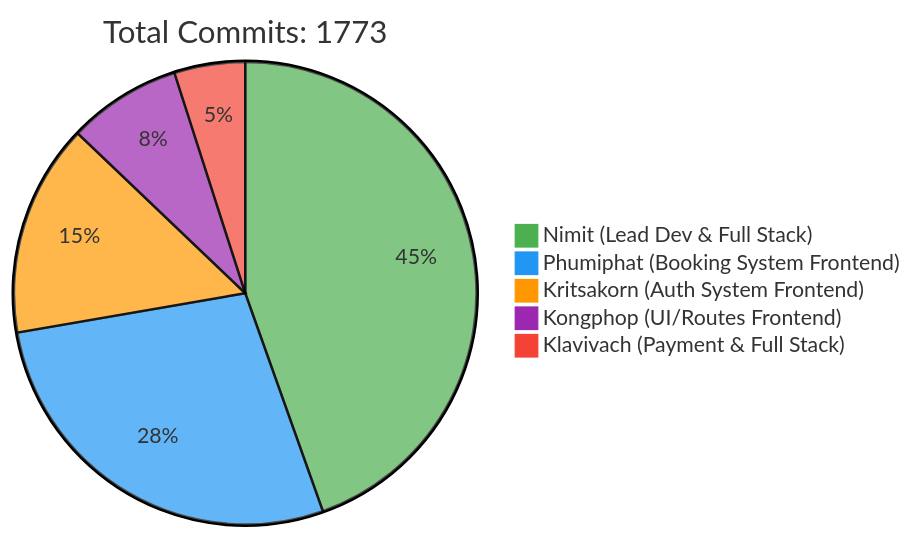
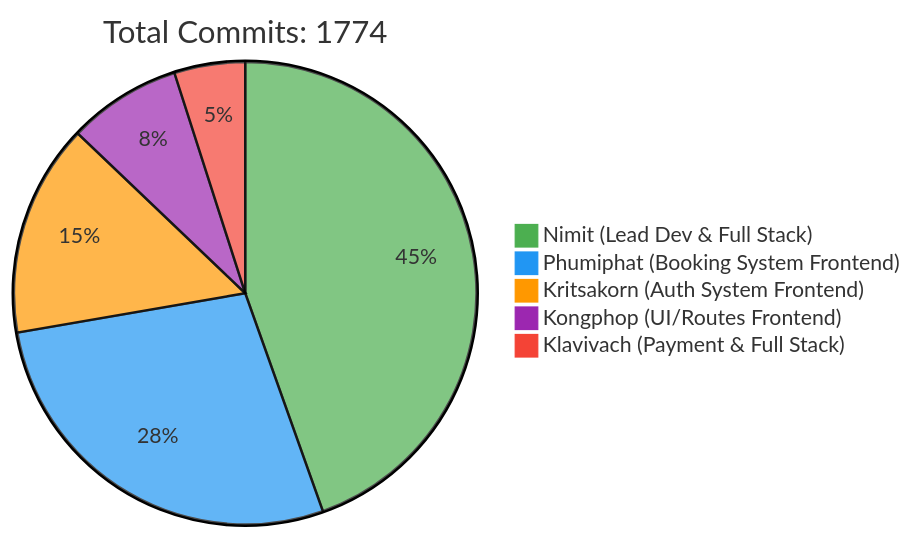
The first of 2 diagrams in README.md (6531503042/Sport-Complex), drawn with Mermaid before and after one commit. The commit also changed other lines of this file, not shown here.

Commit message:
docs: Update contributor statistics [skip ci]

````diff
--- a/README.md
+++ b/README.md
@@ -257,10 +257,10 @@
 ```mermaid
 %%{init: {'theme': 'base', 'themeVariables': { 'pie1': '#4CAF50', 'pie2': '#2196F3', 'pie3': '#FF9800', 'pie4': '#9C27B0', 'pie5': '#F44336'}}}%%
 pie
-    title Total Commits: 1773
+    title Total Commits: 1774
     "Nimit (Lead Dev & Full Stack)" : 450
     "Phumiphat (Booking System Frontend)" : 280
     "Kritsakorn (Auth System Frontend)" : 150
     "Kongphop (UI/Routes Frontend)" : 80
     "Klavivach (Payment & Full Stack)" : 50
 ```
````
